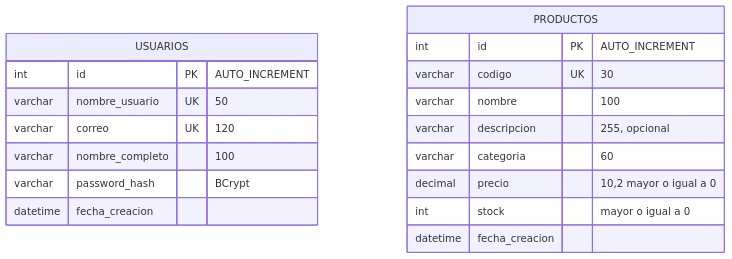
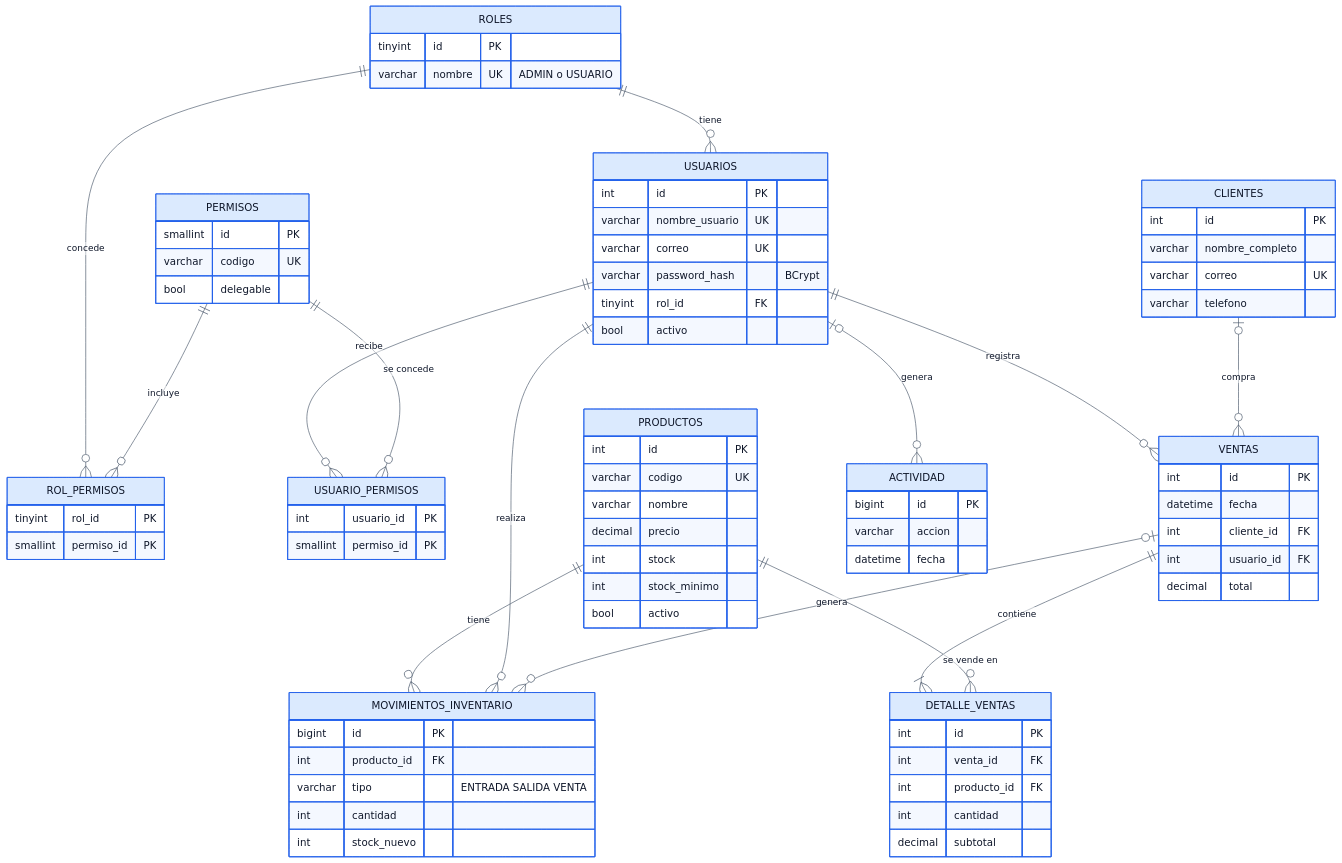
Before and after one commit to VITIDEV06/InventarioMVP: the seventh of 8 diagrams in README.md, drawn with Mermaid. The commit also changed other lines of this file and 99 other files, not shown here.

````diff
--- a/README.md
+++ b/README.md
@@ -317,21 +503,84 @@
 ```mermaid
+%%{init: {'theme':'base','themeVariables':{'fontFamily':'Segoe UI, Arial, sans-serif','primaryColor':'#dbeafe','primaryBorderColor':'#2563eb','primaryTextColor':'#0f172a','lineColor':'#475569','secondaryColor':'#f1f5f9','tertiaryColor':'#ffffff'}}}%%
 erDiagram
+    ROLES ||--o{ USUARIOS : "tiene"
+    ROLES ||--o{ ROL_PERMISOS : "concede"
+    PERMISOS ||--o{ ROL_PERMISOS : "incluye"
+    USUARIOS ||--o{ USUARIO_PERMISOS : "recibe"
+    PERMISOS ||--o{ USUARIO_PERMISOS : "se concede"
+    USUARIOS ||--o{ VENTAS : "registra"
+    CLIENTES |o--o{ VENTAS : "compra"
+    VENTAS ||--|{ DETALLE_VENTAS : "contiene"
+    PRODUCTOS ||--o{ DETALLE_VENTAS : "se vende en"
+    PRODUCTOS ||--o{ MOVIMIENTOS_INVENTARIO : "tiene"
+    USUARIOS ||--o{ MOVIMIENTOS_INVENTARIO : "realiza"
+    VENTAS |o--o{ MOVIMIENTOS_INVENTARIO : "genera"
+    USUARIOS |o--o{ ACTIVIDAD : "genera"
+
     USUARIOS {
-        int id PK "AUTO_INCREMENT"
-        varchar nombre_usuario UK "50"
-        varchar correo UK "120"
-        varchar nombre_completo "100"
+        int id PK
+        varchar nombre_usuario UK
+        varchar correo UK
         varchar password_hash "BCrypt"
-        datetime fecha_creacion
+        tinyint rol_id FK
+        bool activo
+    }
+    ROLES {
+        tinyint id PK
+        varchar nombre UK "ADMIN o USUARIO"
+    }
+    PERMISOS {
+        smallint id PK
+        varchar codigo UK
+        bool delegable
+    }
+    ROL_PERMISOS {
+        tinyint rol_id PK
+        smallint permiso_id PK
+    }
+    USUARIO_PERMISOS {
+        int usuario_id PK
+        smallint permiso_id PK
     }
     PRODUCTOS {
-        int id PK "AUTO_INCREMENT"
-        varchar codigo UK "30"
-        varchar nombre "100"
-        varchar descripcion "255, opcional"
-        varchar categoria "60"
-        decimal precio "10,2 mayor o igual a 0"
-        int stock "mayor o igual a 0"
-        datetime fecha_creacion
+        int id PK
+        varchar codigo UK
+        varchar nombre
+        decimal precio
+        int stock
+        int stock_minimo
+        bool activo
+    }
+    CLIENTES {
+        int id PK
+        varchar nombre_completo
+        varchar correo UK
+        varchar telefono
+    }
+    VENTAS {
+        int id PK
+        datetime fecha
+        int cliente_id FK
+        int usuario_id FK
+        decimal total
+    }
+    DETALLE_VENTAS {
+        int id PK
+        int venta_id FK
+        int producto_id FK
+        int cantidad
+        decimal subtotal
+    }
+    MOVIMIENTOS_INVENTARIO {
+        bigint id PK
+        int producto_id FK
+        varchar tipo "ENTRADA SALIDA VENTA"
+        int cantidad
+        int stock_nuevo
+    }
+    ACTIVIDAD {
+        bigint id PK
+        varchar accion
+        datetime fecha
     }
 ```
````
